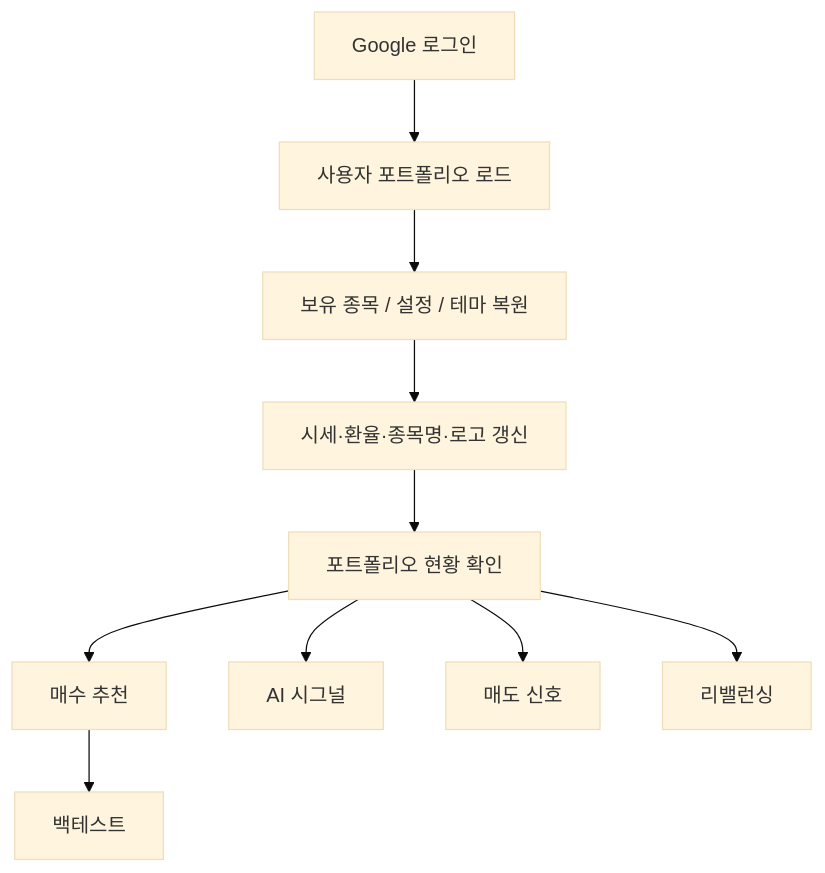
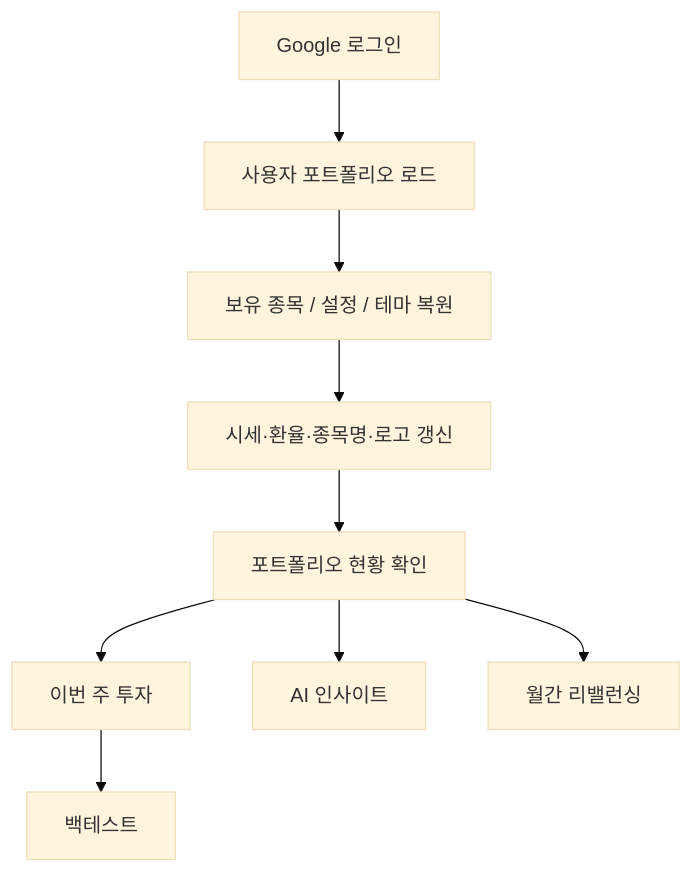
The diagram in README.md (mavro7910/quant_portfolio_web), drawn with Mermaid (base theme) before and after one commit. The commit also changed other lines of this file and 16 other files, not shown here.

````diff
--- a/README.md
+++ b/README.md
@@ -41,12 +41,11 @@
 ```mermaid
 flowchart TD
     A["Google 로그인"] --> B["사용자 포트폴리오 로드"]
     B --> C["보유 종목 / 설정 / 테마 복원"]
     C --> D["시세·환율·종목명·로고 갱신"]
     D --> E["포트폴리오 현황 확인"]
-    E --> F["매수 추천"]
-    E --> G["AI 시그널"]
-    E --> H["매도 신호"]
-    E --> I["리밸런싱"]
+    E --> F["이번 주 투자"]
+    E --> G["AI 인사이트"]
+    E --> I["월간 리밸런싱"]
     F --> J["백테스트"]
 ```
````
